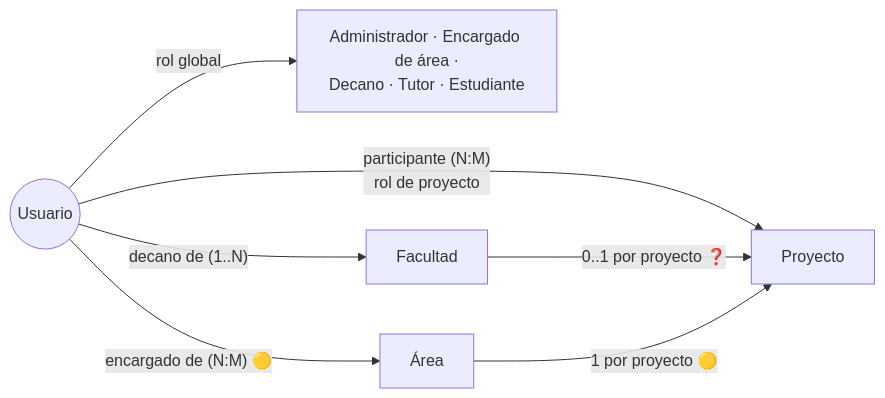
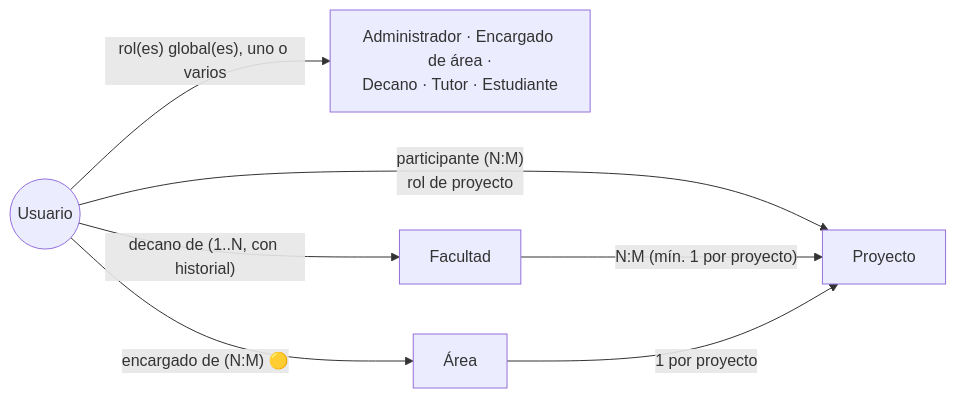
The second of 3 diagrams in docs/domain/entities.md (Jcortesc03/Gestor-semilleros), drawn with Mermaid before and after one commit. The commit also changed other lines of this file and 24 other files, not shown here.

````diff
--- a/docs/domain/entities.md
+++ b/docs/domain/entities.md
@@ -271,10 +281,10 @@
 ```mermaid
 flowchart LR
     U(("Usuario"))
-    U -- "rol global" --> RG["Administrador · Encargado de área ·<br/>Decano · Tutor · Estudiante"]
-    U -- "decano de (1..N)" --> F["Facultad"]
+    U -- "rol(es) global(es), uno o varios" --> RG["Administrador · Encargado de área ·<br/>Decano · Tutor · Estudiante"]
+    U -- "decano de (1..N, con historial)" --> F["Facultad"]
     U -- "encargado de (N:M) 🟡" --> A["Área"]
     U -- "participante (N:M)<br/>rol de proyecto" --> P["Proyecto"]
-    F -- "0..1 por proyecto ❓" --> P
-    A -- "1 por proyecto 🟡" --> P
+    F -- "N:M (mín. 1 por proyecto)" --> P
+    A -- "1 por proyecto" --> P
 ```
````
